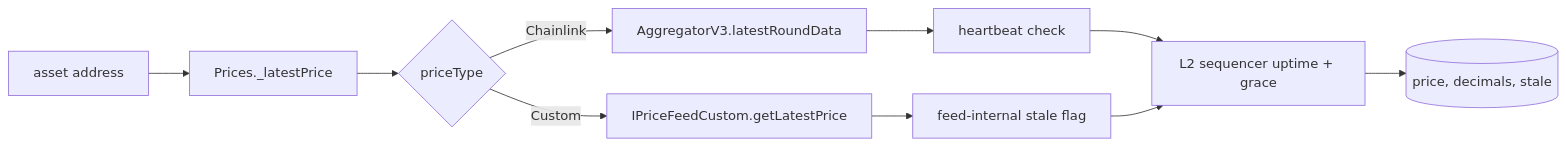
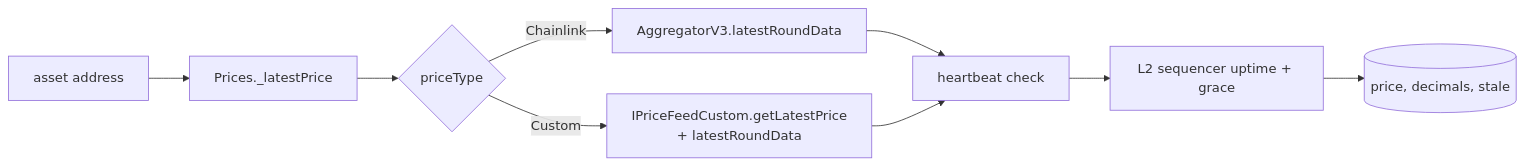
One commit to karpatkey/onchain-accounting changed the diagram in docs/PRICE_ADAPTERS.md. Above: the diagram before and after it, drawn with Mermaid. The commit also changed other lines of this file and 4 other files, not shown here.

First line of the commit message:
refactor(prices): unified staleness via latestRoundData().updatedAt for all feeds

````diff
--- a/docs/PRICE_ADAPTERS.md
+++ b/docs/PRICE_ADAPTERS.md
@@ -22,12 +22,11 @@
 ```mermaid
 flowchart LR
     A[asset address] --> P[Prices._latestPrice]
     P --> C{priceType}
     C -->|Chainlink| CL[AggregatorV3.latestRoundData]
-    C -->|Custom| IF[IPriceFeedCustom.getLatestPrice]
+    C -->|Custom| IF[IPriceFeedCustom.getLatestPrice\n+ latestRoundData]
     CL --> SH[heartbeat check]
-    IF --> SI[feed-internal stale flag]
+    IF --> SH
     SH --> SQ[L2 sequencer uptime + grace]
-    SI --> SQ
     SQ --> R[(price, decimals, stale)]
 ```
````
